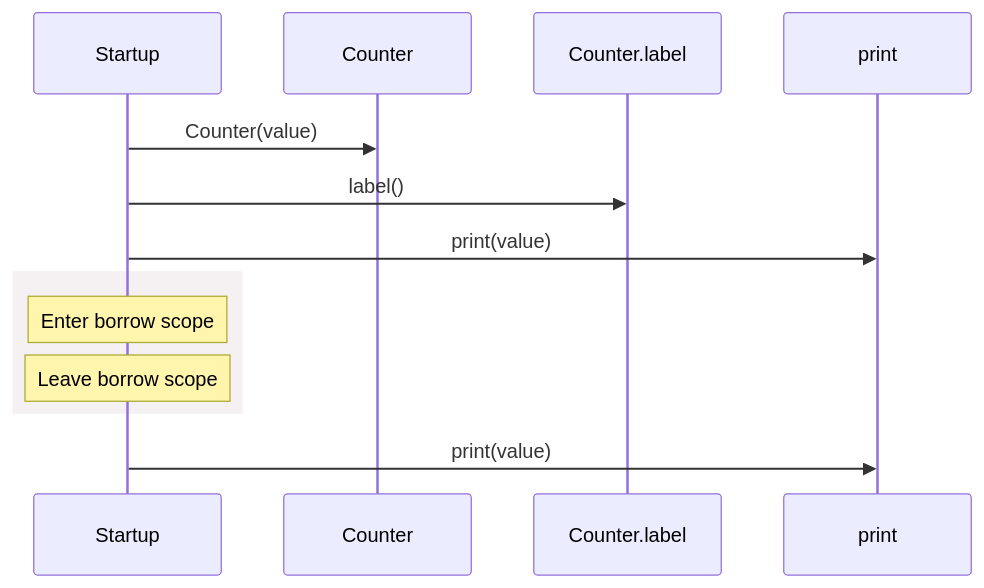
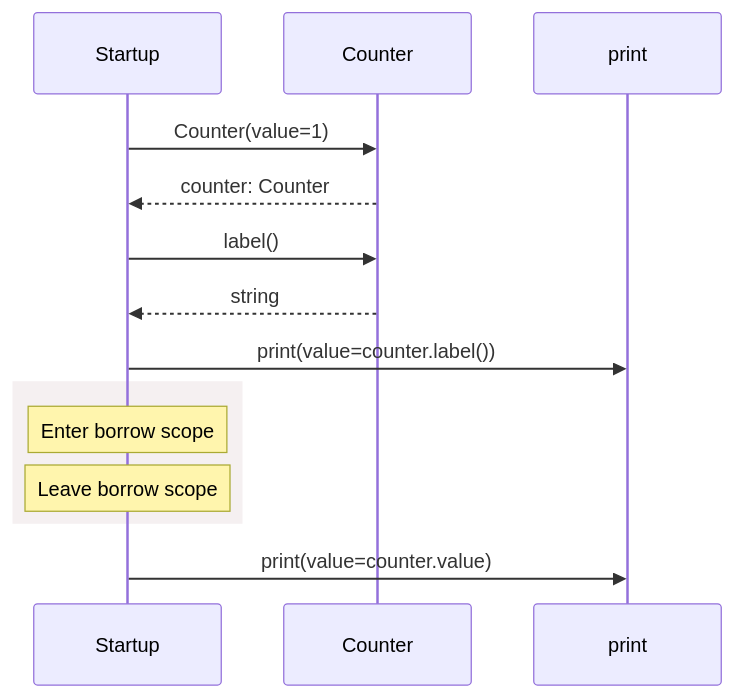
One commit to GreenPandaStudios/augscript changed the third of 3 diagrams in docs/examples/visibility/main-diagrams.md. Above: the diagram before and after it, drawn with Mermaid. The commit also changed other lines of this file and 524 other files, not shown here.

Commit message:
Explain checked data flow at folder and service levels

````diff
--- a/docs/examples/visibility/main-diagrams.md
+++ b/docs/examples/visibility/main-diagrams.md
@@ -47,15 +49,16 @@
 ```mermaid
 sequenceDiagram
     participant p0 as Startup
     participant p1 as Counter
-    participant p2 as Counter.label
-    participant p3 as print
-    p0->>p1: Counter(value)
-    p0->>p2: label()
-    p0->>p3: print(value)
+    participant p2 as print
+    p0->>p1: Counter(value=1)
+    p1-->>p0: counter: Counter
+    p0->>p1: label()
+    p1-->>p0: string
+    p0->>p2: print(value=counter.label())
     rect rgb(245, 240, 241)
     Note over p0: Enter borrow scope
     Note over p0: Leave borrow scope
     end
-    p0->>p3: print(value)
+    p0->>p2: print(value=counter.value)
 ```
````
